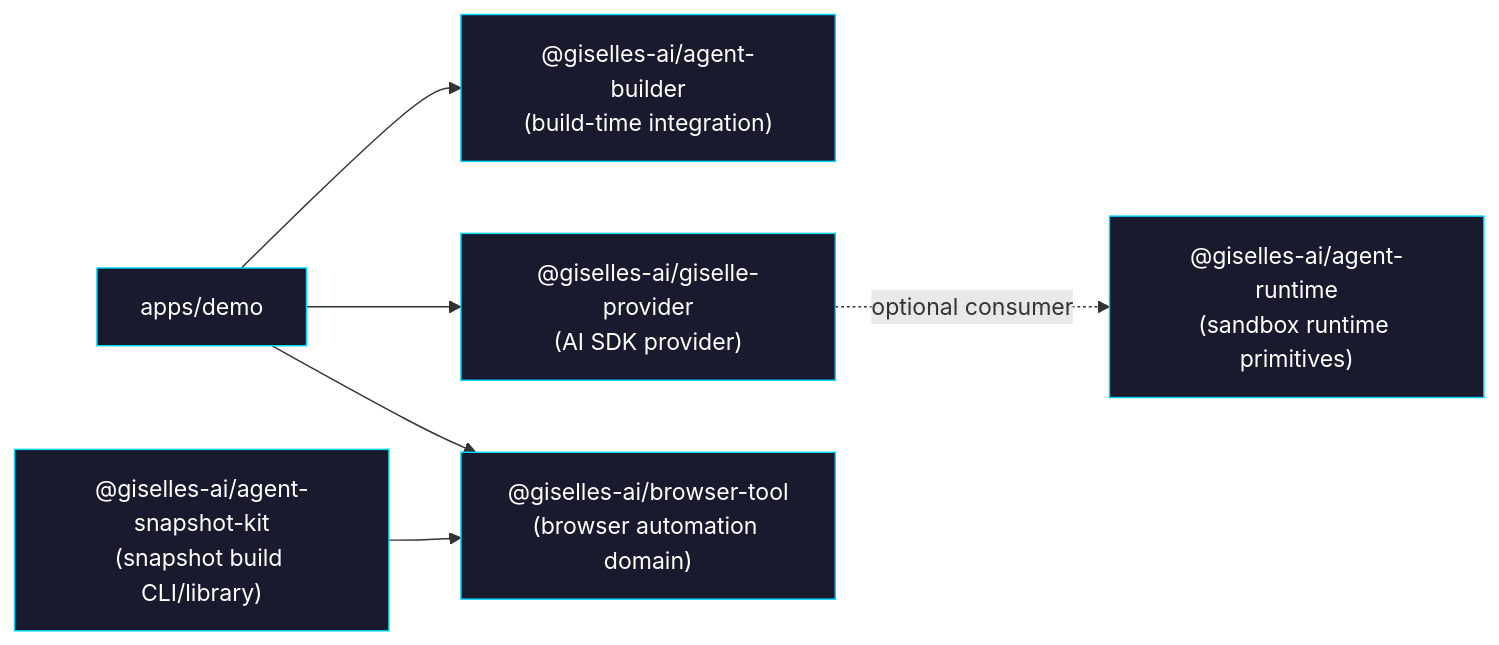
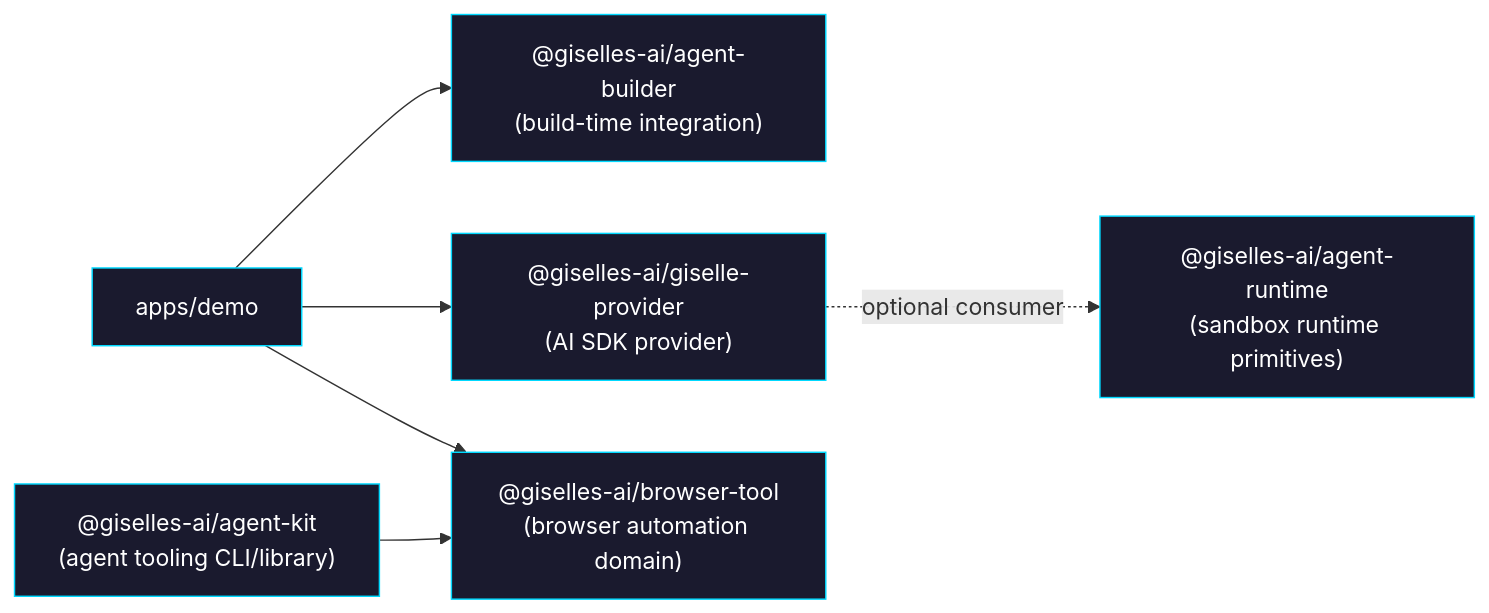
The first of 2 diagrams in tasks/package-structure-realignment/AGENTS.md (giselles-ai/agent-container), drawn with Mermaid before and after one commit. The commit also changed other lines of this file and 14 other files, not shown here.

Commit message:
feat(tooling): rename `sandbox-agent-kit` to `agent-kit` across packages and docs

````diff
--- a/tasks/package-structure-realignment/AGENTS.md
+++ b/tasks/package-structure-realignment/AGENTS.md
@@ -18,23 +18,23 @@
 ```mermaid
 flowchart LR
     Demo["apps/demo"]
 
     Builder["@giselles-ai/agent-builder<br/>(build-time integration)"]
     Provider["@giselles-ai/giselle-provider<br/>(AI SDK provider)"]
     Browser["@giselles-ai/browser-tool<br/>(browser automation domain)"]
     Runtime["@giselles-ai/agent-runtime<br/>(sandbox runtime primitives)"]
-    Snapshot["@giselles-ai/agent-snapshot-kit<br/>(snapshot build CLI/library)"]
+    Snapshot["@giselles-ai/agent-kit<br/>(agent tooling CLI/library)"]
 
     Demo --> Builder
     Demo --> Provider
     Demo --> Browser
     Snapshot --> Browser
     Provider -. optional consumer .-> Runtime
 
     style Demo fill:#1a1a2e,stroke:#00d9ff,color:#ffffff
     style Builder fill:#1a1a2e,stroke:#00d9ff,color:#ffffff
     style Provider fill:#1a1a2e,stroke:#00d9ff,color:#ffffff
     style Browser fill:#1a1a2e,stroke:#00d9ff,color:#ffffff
     style Runtime fill:#1a1a2e,stroke:#00d9ff,color:#ffffff
     style Snapshot fill:#1a1a2e,stroke:#00d9ff,color:#ffffff
 ```
````
